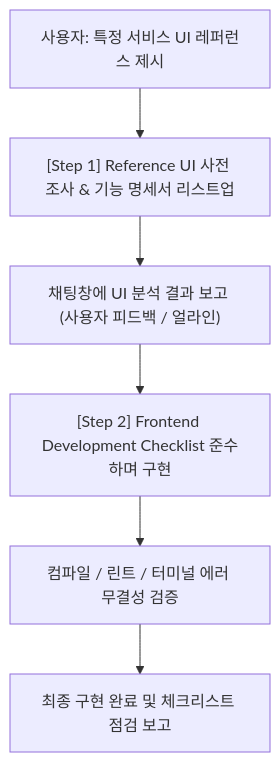
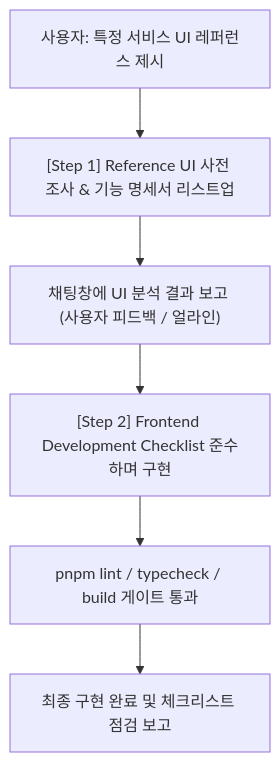
One commit to knee2420/VibePatchNote changed the diagram in .agents/skills/develop_50_reference_front_generator/SKILL.md. Above: the diagram before and after it, drawn with Mermaid. The commit also changed other lines of this file and 160 other files, not shown here.

````diff
--- a/.agents/skills/develop_50_reference_front_generator/SKILL.md
+++ b/.agents/skills/develop_50_reference_front_generator/SKILL.md
@@ -16,8 +18,8 @@
 ```mermaid
 flowchart TD
     A["사용자: 특정 서비스 UI 레퍼런스 제시"] --> B["[Step 1] Reference UI 사전 조사 & 기능 명세서 리스트업"]
     B --> C["채팅창에 UI 분석 결과 보고 (사용자 피드백 / 얼라인)"]
     C --> D["[Step 2] Frontend Development Checklist 준수하며 구현"]
-    D --> E["컴파일 / 린트 / 터미널 에러 무결성 검증"]
+    D --> E["pnpm lint / typecheck / build 게이트 통과"]
     E --> F["최종 구현 완료 및 체크리스트 점검 보고"]
 ```
````
